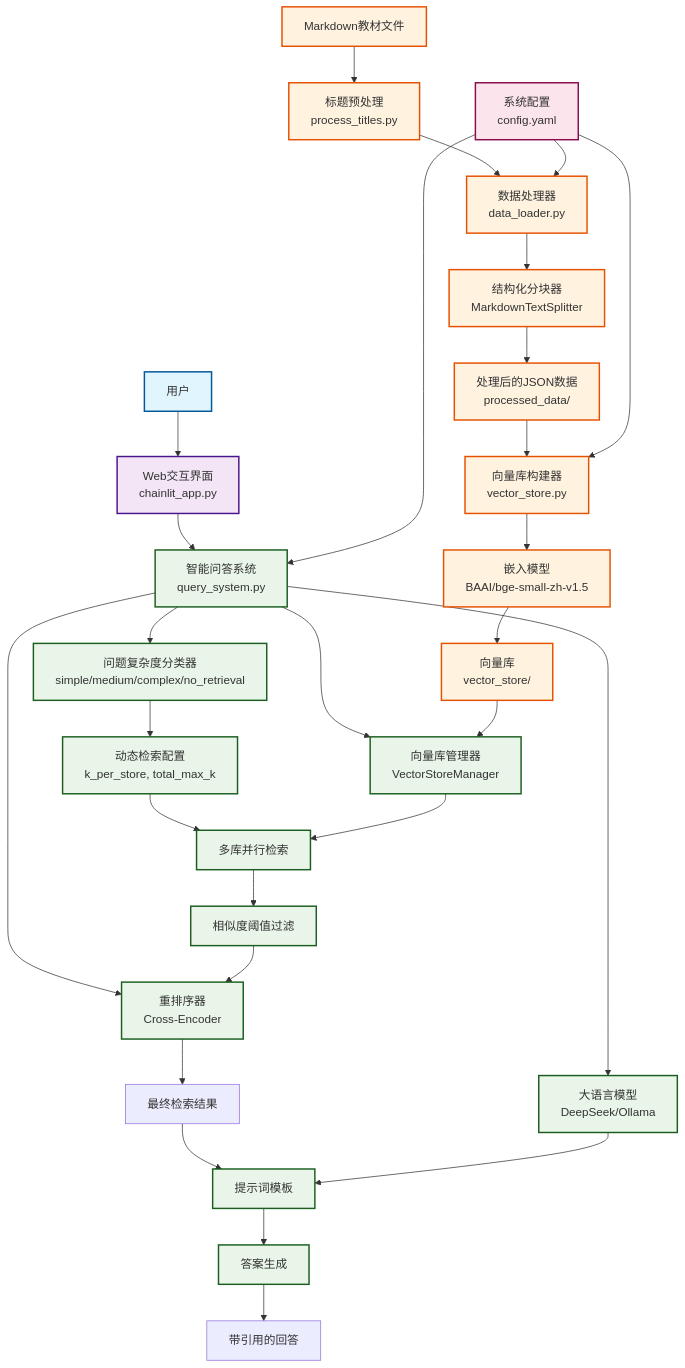
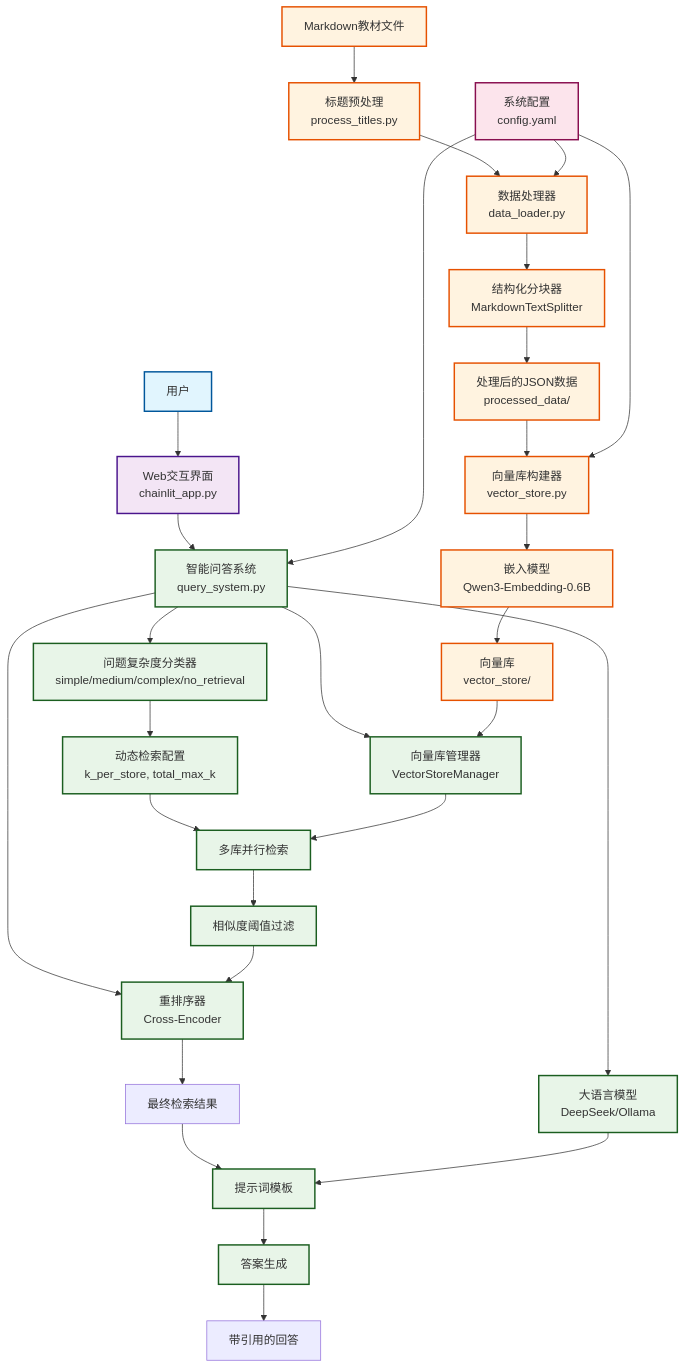
The diagram in README.md (Syway96/ReTA), drawn with Mermaid before and after one commit. The commit also changed other lines of this file, not shown here.

Commit message:
set Qwen3-Embedding-0.6B as default

````diff
--- a/README.md
+++ b/README.md
@@ -159,58 +159,58 @@
 ```mermaid
 graph TB
     %% 用户输入
     User[用户] --> WebUI[Web交互界面<br/>chainlit_app.py]
     
     %% Web交互模块
     WebUI --> QASystem[智能问答系统<br/>query_system.py]
     
     %% 智能问答模块
     QASystem --> ComplexityClassifier[问题复杂度分类器<br/>simple/medium/complex/no_retrieval]
     QASystem --> VectorManager[向量库管理器<br/>VectorStoreManager]
     QASystem --> LLM[大语言模型<br/>DeepSeek/Ollama]
     QASystem --> Reranker[重排序器<br/>Cross-Encoder]
     
     %% 向量检索流程
     ComplexityClassifier --> RetrievalConfig[动态检索配置<br/>k_per_store, total_max_k]
     RetrievalConfig --> MultiStoreSearch[多库并行检索]
     VectorManager --> MultiStoreSearch
     MultiStoreSearch --> SimilarityFilter[相似度阈值过滤]
     SimilarityFilter --> Reranker
     Reranker --> FinalResults[最终检索结果]
     
     %% 问答生成流程
     FinalResults --> PromptTemplate[提示词模板]
     LLM --> PromptTemplate
     PromptTemplate --> AnswerGeneration[答案生成]
     AnswerGeneration --> Response[带引用的回答]
     
     %% 数据预处理流程
     MarkdownFiles[Markdown教材文件] --> TitleProcessor[标题预处理<br/>process_titles.py]
     TitleProcessor --> DataProcessor[数据处理器<br/>data_loader.py]
     DataProcessor --> Chunker[结构化分块器<br/>MarkdownTextSplitter]
     Chunker --> ProcessedData[处理后的JSON数据<br/>processed_data/]
     
     %% 向量库构建流程
     ProcessedData --> VectorBuilder[向量库构建器<br/>vector_store.py]
-    VectorBuilder --> EmbeddingModel[嵌入模型<br/>BAAI/bge-small-zh-v1.5]
+    VectorBuilder --> EmbeddingModel[嵌入模型<br/>Qwen3-Embedding-0.6B]
     EmbeddingModel --> VectorStore[向量库<br/>vector_store/]
     VectorStore --> VectorManager
     
     %% 配置管理
     Config[系统配置<br/>config.yaml] --> QASystem
     Config --> DataProcessor
     Config --> VectorBuilder
     
     %% 样式定义
     classDef user fill:#e1f5fe,stroke:#01579b,stroke-width:2px
     classDef web fill:#f3e5f5,stroke:#4a148c,stroke-width:2px
     classDef core fill:#e8f5e8,stroke:#1b5e20,stroke-width:2px
     classDef data fill:#fff3e0,stroke:#e65100,stroke-width:2px
     classDef config fill:#fce4ec,stroke:#880e4f,stroke-width:2px
     
     class User user
     class WebUI web
     class QASystem,ComplexityClassifier,VectorManager,LLM,Reranker,RetrievalConfig,MultiStoreSearch,SimilarityFilter,PromptTemplate,AnswerGeneration core
     class MarkdownFiles,TitleProcessor,DataProcessor,Chunker,ProcessedData,VectorBuilder,EmbeddingModel,VectorStore data
     class Config config
 ```
````
